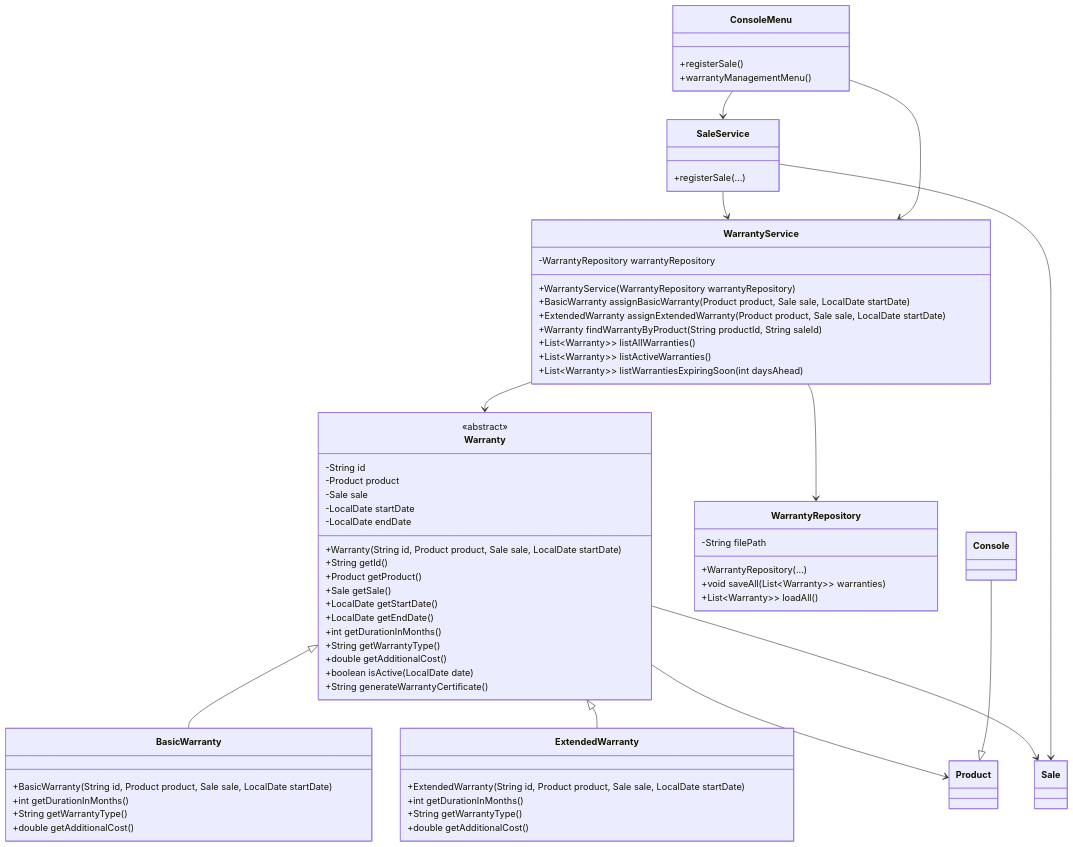
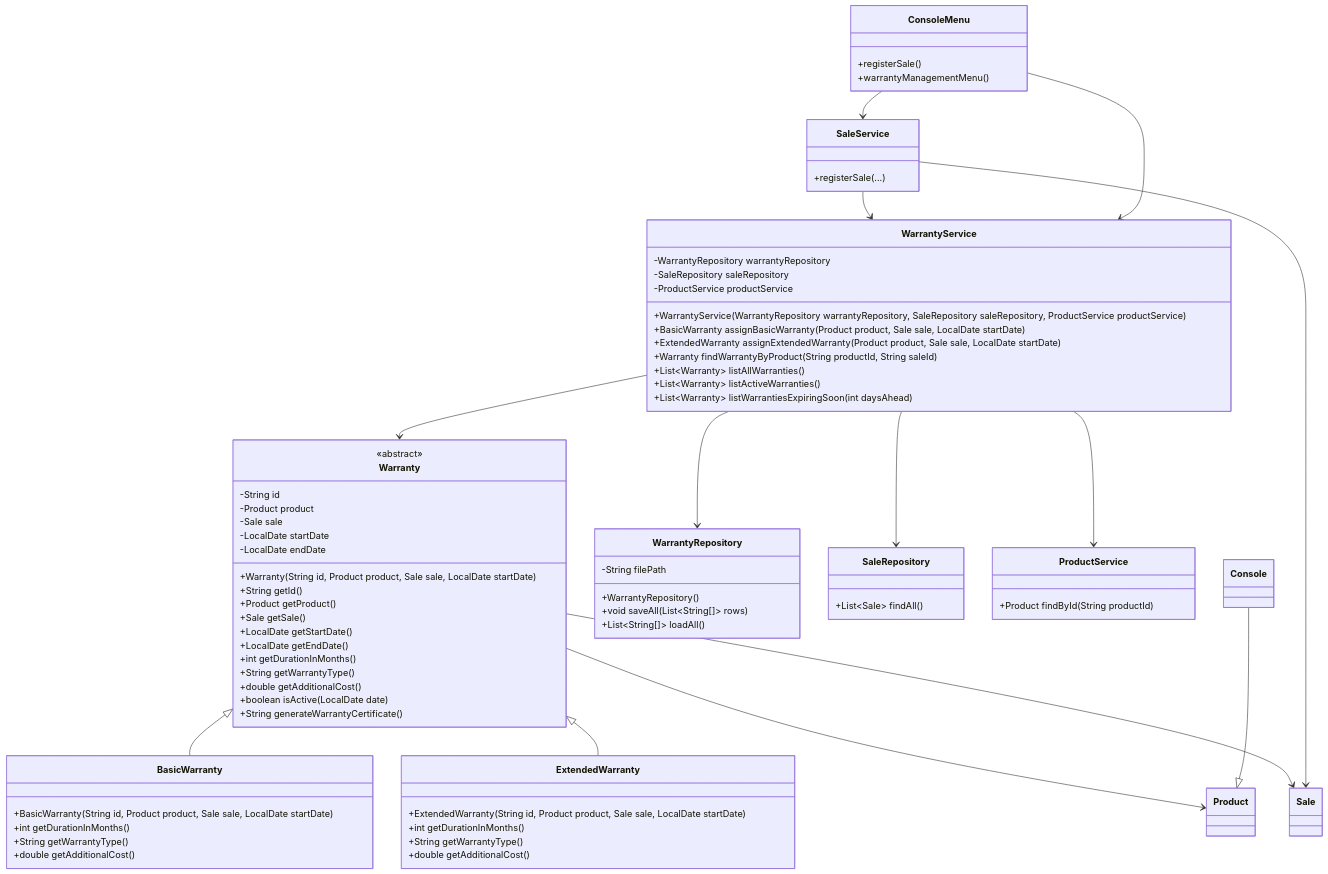
The diagram in docs/warranty-class-diagram.md (Itaborda/GameZoneUnicesar), drawn with Mermaid before and after one commit.

Commit message:
docs: update warranty class diagram to reflect A2 dependency changes

````diff
--- a/docs/warranty-class-diagram.md
+++ b/docs/warranty-class-diagram.md
@@ -3,6 +3,5 @@
 ```mermaid
 classDiagram
-
     class Warranty {
         <<abstract>>
         -String id
@@ -39,20 +38,30 @@
 
     class WarrantyRepository {
         -String filePath
-        +WarrantyRepository(...)
-        +void saveAll(List~Warranty~> warranties)
-        +List~Warranty~> loadAll()
+        +WarrantyRepository()
+        +void saveAll(List~String[]~ rows)
+        +List~String[]~ loadAll()
     }
 
     class WarrantyService {
         -WarrantyRepository warrantyRepository
-        +WarrantyService(WarrantyRepository warrantyRepository)
+        -SaleRepository saleRepository
+        -ProductService productService
+        +WarrantyService(WarrantyRepository warrantyRepository, SaleRepository saleRepository, ProductService productService)
         +BasicWarranty assignBasicWarranty(Product product, Sale sale, LocalDate startDate)
         +ExtendedWarranty assignExtendedWarranty(Product product, Sale sale, LocalDate startDate)
         +Warranty findWarrantyByProduct(String productId, String saleId)
-        +List~Warranty~> listAllWarranties()
-        +List~Warranty~> listActiveWarranties()
-        +List~Warranty~> listWarrantiesExpiringSoon(int daysAhead)
+        +List~Warranty~ listAllWarranties()
+        +List~Warranty~ listActiveWarranties()
+        +List~Warranty~ listWarrantiesExpiringSoon(int daysAhead)
+    }
+
+    class SaleRepository {
+        +List~Sale~ findAll()
+    }
+
+    class ProductService {
+        +Product findById(String productId)
     }
 
     class SaleService {
@@ -77,6 +86,8 @@
     Console --|> Product
 
     WarrantyService --> WarrantyRepository
+    WarrantyService --> SaleRepository
+    WarrantyService --> ProductService
     WarrantyService --> Warranty
 
     SaleService --> WarrantyService
````
